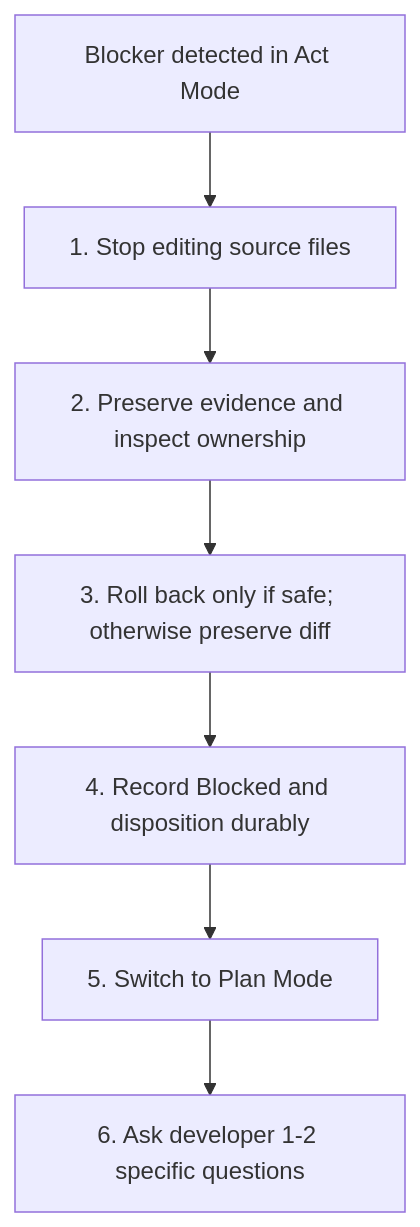
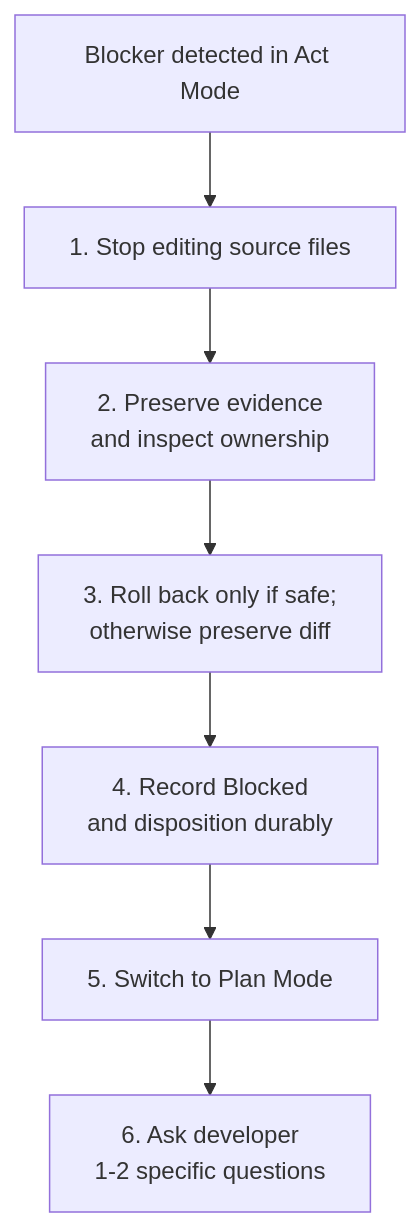
Before and after one commit to AlexDubel/AIMemBankAndCDIP-tmpl: the diagram in MemBankRules.md, drawn with Mermaid. The commit also changed 5 other files, not shown here.

Commit message:
Update READMEs and specifications: add flags, wrap Mermaid diagrams, expand documentation

````diff
--- a/MemBankRules.md
+++ b/MemBankRules.md
@@ -883,9 +883,9 @@
 ```mermaid
 flowchart TD
     A["Blocker detected in Act Mode"] --> B["1. Stop editing source files"]
-    B --> C["2. Preserve evidence and inspect ownership"]
-    C --> D["3. Roll back only if safe; otherwise preserve diff"]
-    D --> E["4. Record Blocked and disposition durably"]
+    B --> C["2. Preserve evidence<br/>and inspect ownership"]
+    C --> D["3. Roll back only if safe;<br/>otherwise preserve diff"]
+    D --> E["4. Record Blocked<br/>and disposition durably"]
     E --> F["5. Switch to Plan Mode"]
-    F --> G["6. Ask developer 1-2 specific questions"]
+    F --> G["6. Ask developer<br/>1-2 specific questions"]
 ```
````
